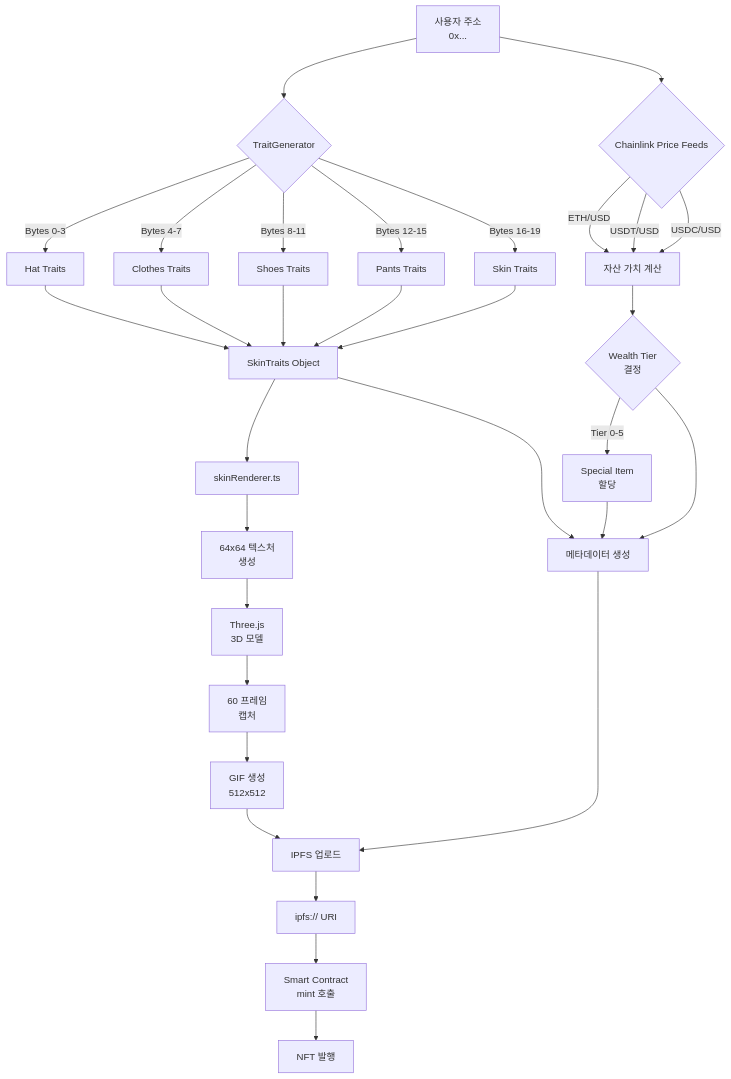
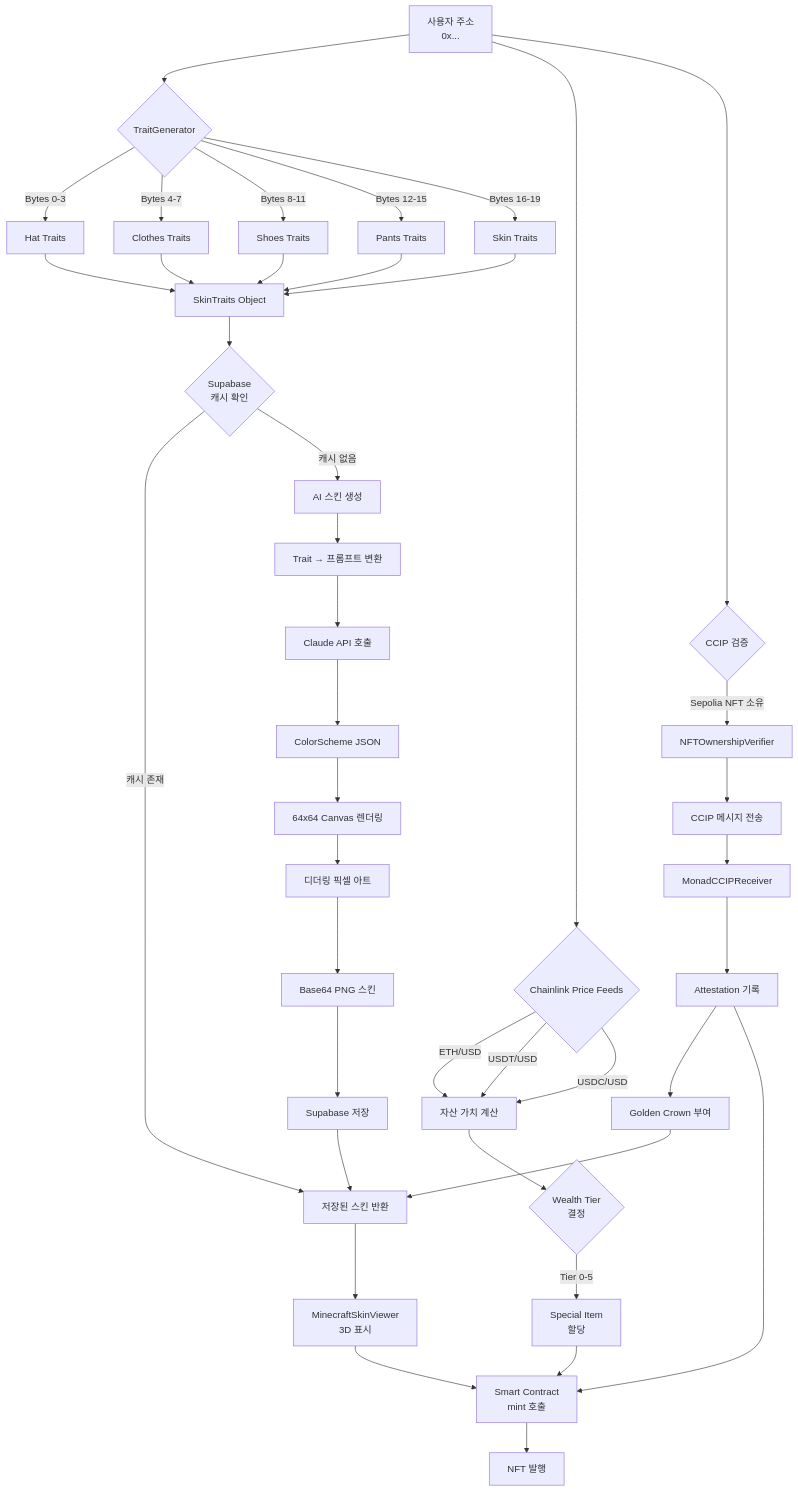
Before and after one commit to monad-developers/monad-blitz-seoul: the fourth of 8 diagrams in ARCHITECTURE.md, drawn with Mermaid. The commit also changed other lines of this file and 46 other files, not shown here.

````diff
--- a/ARCHITECTURE.md
+++ b/ARCHITECTURE.md
@@ -201,40 +222,53 @@
 ```mermaid
 flowchart TD
     A[사용자 주소<br/>0x...] --> B{TraitGenerator}
 
     B -->|Bytes 0-3| C[Hat Traits]
     B -->|Bytes 4-7| D[Clothes Traits]
     B -->|Bytes 8-11| E[Shoes Traits]
     B -->|Bytes 12-15| F[Pants Traits]
     B -->|Bytes 16-19| G[Skin Traits]
 
     C --> H[SkinTraits Object]
     D --> H
     E --> H
     F --> H
     G --> H
 
-    A --> I{Chainlink Price Feeds}
-    I -->|ETH/USD| J[자산 가치 계산]
-    I -->|USDT/USD| J
-    I -->|USDC/USD| J
+    H --> I{Supabase<br/>캐시 확인}
+    I -->|캐시 존재| J[저장된 스킨 반환]
+    I -->|캐시 없음| K[AI 스킨 생성]
 
-    J --> K{Wealth Tier<br/>결정}
-    K -->|Tier 0-5| L[Special Item<br/>할당]
+    K --> L[Trait → 프롬프트 변환]
+    L --> M[Claude API 호출]
+    M --> N[ColorScheme JSON]
+    N --> O[64x64 Canvas 렌더링]
+    O --> P[디더링 픽셀 아트]
+    P --> Q[Base64 PNG 스킨]
+    Q --> R[Supabase 저장]
+    R --> J
 
-    H --> M[skinRenderer.ts]
-    M --> N[64x64 텍스처<br/>생성]
-    N --> O[Three.js<br/>3D 모델]
-    O --> P[60 프레임<br/>캡처]
-    P --> Q[GIF 생성<br/>512x512]
+    A --> S{Chainlink Price Feeds}
+    S -->|ETH/USD| T[자산 가치 계산]
+    S -->|USDT/USD| T
+    S -->|USDC/USD| T
 
-    Q --> R[IPFS 업로드]
-    H --> S[메타데이터 생성]
-    L --> S
-    K --> S
-    S --> R
+    T --> U{Wealth Tier<br/>결정}
+    U -->|Tier 0-5| V[Special Item<br/>할당]
 
-    R --> T[ipfs:// URI]
-    T --> U[Smart Contract<br/>mint 호출]
-    U --> V[NFT 발행]
+    J --> W[MinecraftSkinViewer<br/>3D 표시]
+
+    A --> X{CCIP 검증}
+    X -->|Sepolia NFT 소유| Y[NFTOwnershipVerifier]
+    Y --> Z[CCIP 메시지 전송]
+    Z --> AA[MonadCCIPReceiver]
+    AA --> AB[Attestation 기록]
+
+    AB --> AC[Golden Crown 부여]
+    AC --> J
+
+    W --> AD[Smart Contract<br/>mint 호출]
+    V --> AD
+    AB --> AD
+    AD --> AE[NFT 발행]
 ```
````
